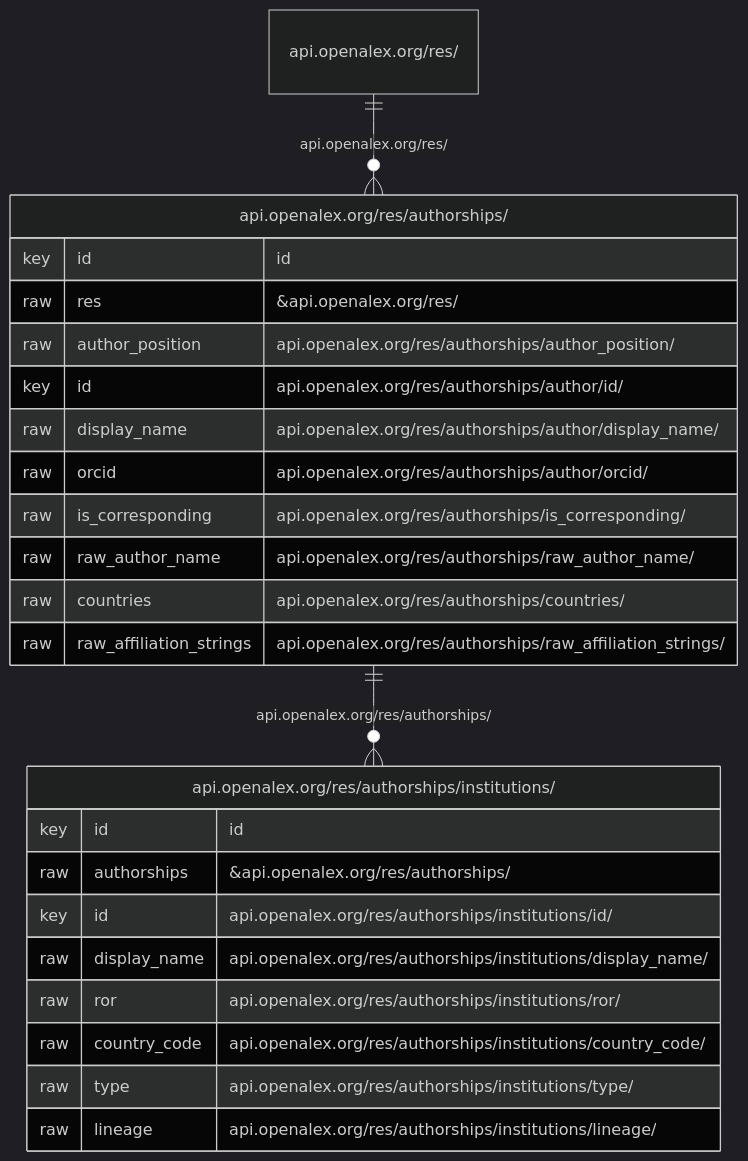
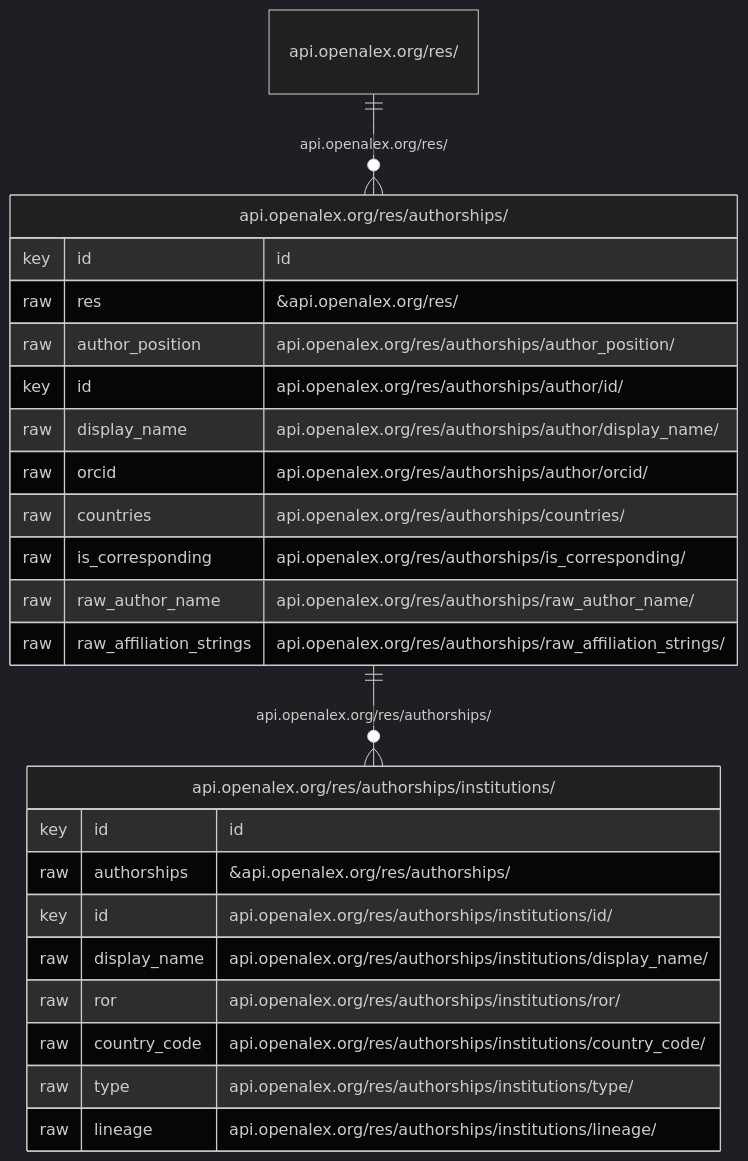
The third of 12 diagrams in node/api.openalex.org/readme.md (adamAfro/UPRP), drawn with Mermaid (dark theme) before and after one commit. The commit also changed other lines of this file and 1 other file, not shown here.

````diff
--- a/node/api.openalex.org/readme.md
+++ b/node/api.openalex.org/readme.md
@@ -146,27 +144,27 @@
 ```mermaid
 erDiagram
 
 "api.openalex.org/res/authorships/institutions/"{
   key id "id"
   raw authorships "&api.openalex.org/res/authorships/"
   key id "api.openalex.org/res/authorships/institutions/id/"
   raw display_name "api.openalex.org/res/authorships/institutions/display_name/"
   raw ror "api.openalex.org/res/authorships/institutions/ror/"
   raw country_code "api.openalex.org/res/authorships/institutions/country_code/"
   raw type "api.openalex.org/res/authorships/institutions/type/"
   raw lineage "api.openalex.org/res/authorships/institutions/lineage/" }
 "api.openalex.org/res/authorships/"{
   key id "id"
   raw res "&api.openalex.org/res/"
   raw author_position "api.openalex.org/res/authorships/author_position/"
   key id "api.openalex.org/res/authorships/author/id/"
   raw display_name "api.openalex.org/res/authorships/author/display_name/"
   raw orcid "api.openalex.org/res/authorships/author/orcid/"
+  raw countries "api.openalex.org/res/authorships/countries/"
   raw is_corresponding "api.openalex.org/res/authorships/is_corresponding/"
   raw raw_author_name "api.openalex.org/res/authorships/raw_author_name/"
-  raw countries "api.openalex.org/res/authorships/countries/"
   raw raw_affiliation_strings "api.openalex.org/res/authorships/raw_affiliation_strings/" }
 "api.openalex.org/res/authorships/" ||--o{ "api.openalex.org/res/authorships/institutions/" : "api.openalex.org/res/authorships/"
 "api.openalex.org/res/" ||--o{ "api.openalex.org/res/authorships/" : "api.openalex.org/res/"
 
 ```
````
